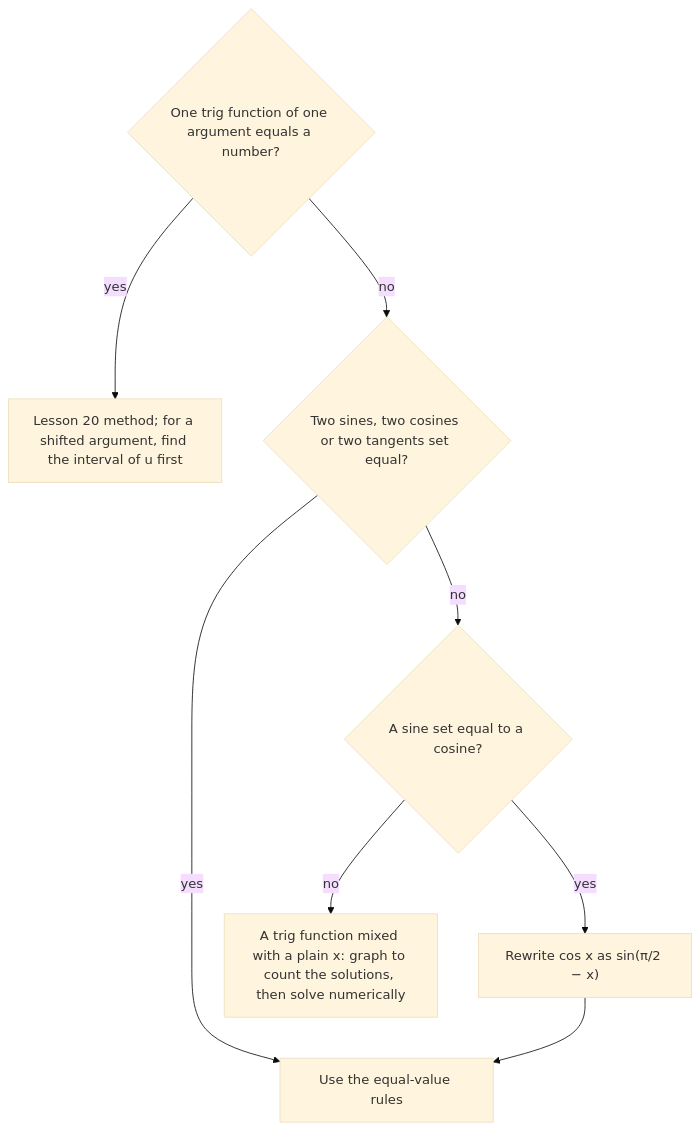
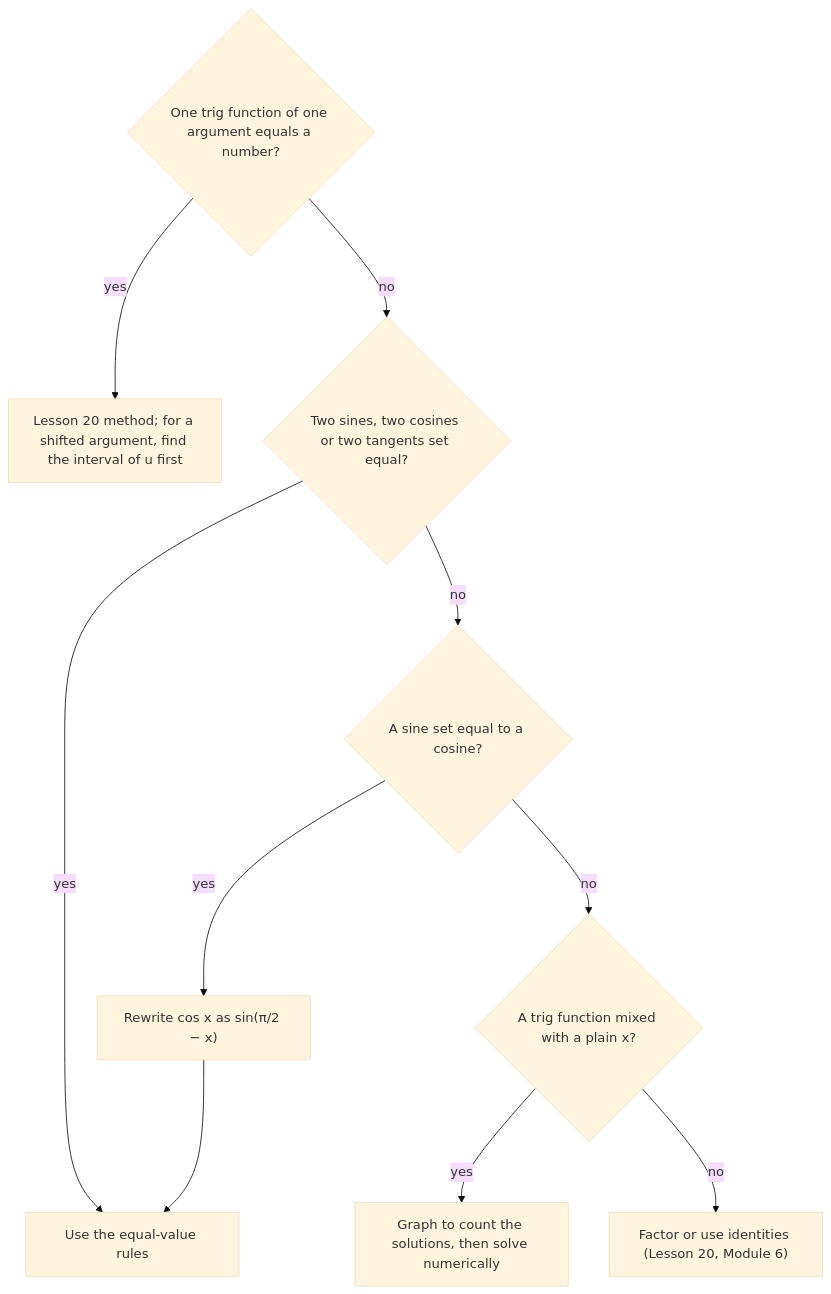
Before and after one commit to Aziliz/erudior: the diagram in content/math/trigonometry/lessons/20h2-general-solutions.md, drawn with Mermaid (base theme). The commit also changed other lines of this file and 24 other files, not shown here.

````diff
--- a/content/math/trigonometry/lessons/20h2-general-solutions.md
+++ b/content/math/trigonometry/lessons/20h2-general-solutions.md
@@ -92,12 +94,14 @@
 ```mermaid
 flowchart TD
   accTitle: Choosing a method for a trig equation
-  accDescr: First ask whether one trig function of one argument equals a number. If so, use Lesson 20's method, and for a shifted argument find the interval of u first. If not, ask whether two sines, two cosines or two tangents are set equal; if so, use the equal-value rules. If not, ask whether a sine is set equal to a cosine; if so, rewrite cos x as sin(π/2 − x) and then use the equal-value rules. Otherwise a trig function is mixed with a plain x: graph to count the solutions, then find them numerically.
+  accDescr: First ask whether one trig function of one argument equals a number. If so, use Lesson 20's method, and for a shifted argument find the interval of u first. If not, ask whether two sines, two cosines or two tangents are set equal; if so, use the equal-value rules. If not, ask whether a sine is set equal to a cosine; if so, rewrite cos x as sin(π/2 − x) and then use the equal-value rules. If not, ask whether a trig function is mixed with a plain x; if so, graph to count the solutions, then find them numerically. Otherwise factor or use identities, as in Lesson 20 and Module 6.
   A{"One trig function of one argument equals a number?"} -- yes --> A1["Lesson 20 method; for a shifted argument, find the interval of u first"]
   A -- no --> B{"Two sines, two cosines or two tangents set equal?"}
   B -- yes --> B1["Use the equal-value rules"]
   B -- no --> C{"A sine set equal to a cosine?"}
   C -- yes --> C1["Rewrite cos x as sin(π/2 − x)"]
   C1 --> B1
-  C -- no --> D["A trig function mixed with a plain x: graph to count the solutions, then solve numerically"]
+  C -- no --> D{"A trig function mixed with a plain x?"}
+  D -- yes --> D1["Graph to count the solutions, then solve numerically"]
+  D -- no --> E1["Factor or use identities (Lesson 20, Module 6)"]
 ```
````
